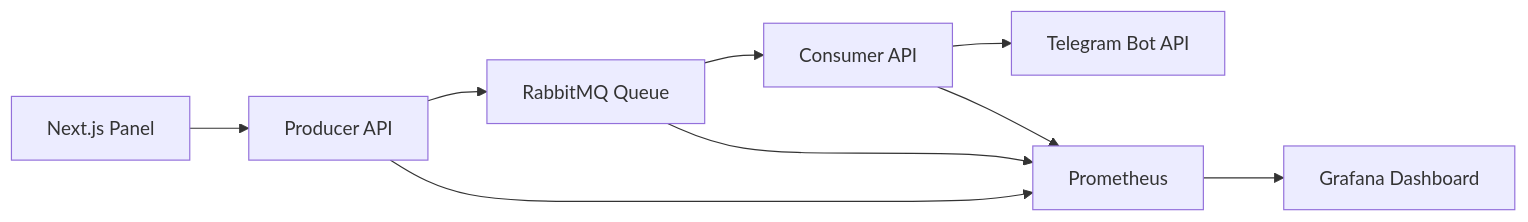
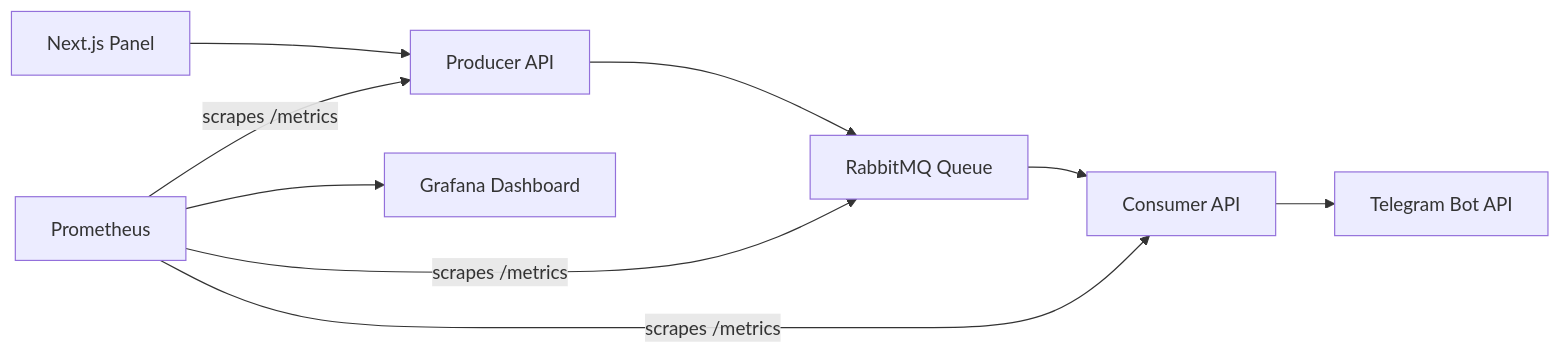
Before and after one commit to nbenliogludev/telegram-notifier: the diagram in README.md, drawn with Mermaid. The commit also changed other lines of this file, not shown here.

Commit message:
Clarify observability diagram

````diff
--- a/README.md
+++ b/README.md
@@ -33,12 +33,12 @@
 ```mermaid
 flowchart LR
   Panel["Next.js Panel"] --> Producer["Producer API"]
   Producer --> RabbitMQ["RabbitMQ Queue"]
   RabbitMQ --> Consumer["Consumer API"]
   Consumer --> Telegram["Telegram Bot API"]
 
-  Producer --> Prometheus["Prometheus"]
-  Consumer --> Prometheus
-  RabbitMQ --> Prometheus
+  Prometheus["Prometheus"] -- "scrapes /metrics" --> Producer
+  Prometheus -- "scrapes /metrics" --> Consumer
+  Prometheus -- "scrapes /metrics" --> RabbitMQ
   Prometheus --> Grafana["Grafana Dashboard"]
 ```
````
